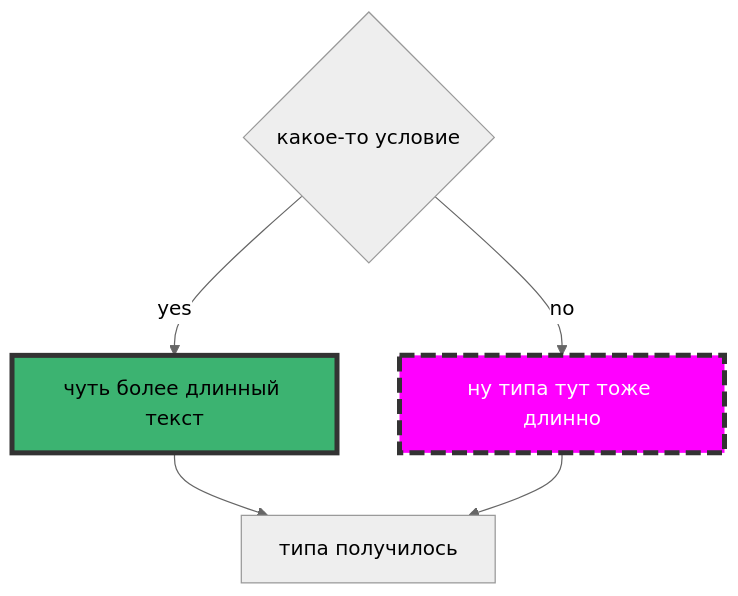
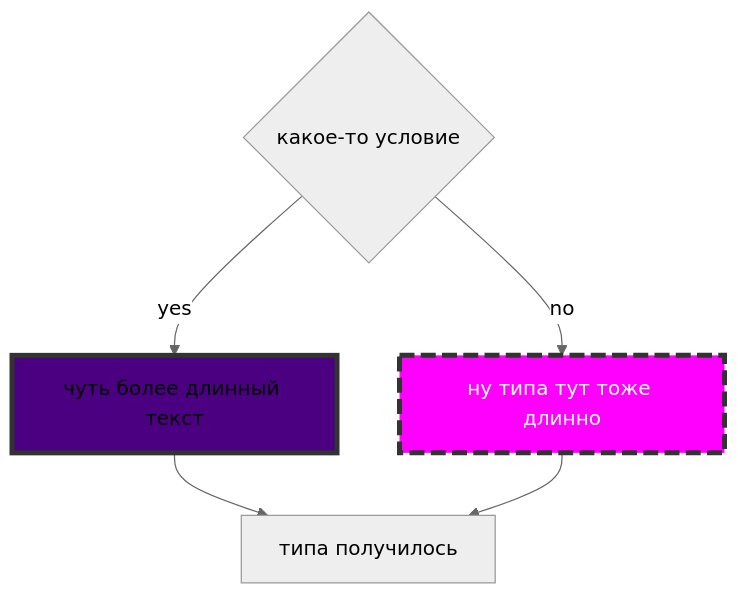
The sixth of 7 diagrams in README.md (SofiiaBobr5565/Mermaid_syntax_hints_for_md), drawn with Mermaid (neutral theme) before and after one commit.

````diff
--- a/README.md
+++ b/README.md
@@ -63,8 +63,8 @@
 ```mermaid
 flowchart TB
-style i1 fill:#3CB371,stroke:#333,stroke-width:4px
+style i1 fill:#4B0082,stroke:#333,stroke-width:4px
 style i2 fill:#FF00FF,stroke:#333,stroke-width:4px,color:#FFFFFF,stroke-dasharray: 12 5
 b{какое-то условие}
 b--> |yes|i1["чуть более длинный текст"]--> i3["типа получилось"]
 b--> |no|i2["ну типа тут тоже длинно"]--> i3
 ```
````
